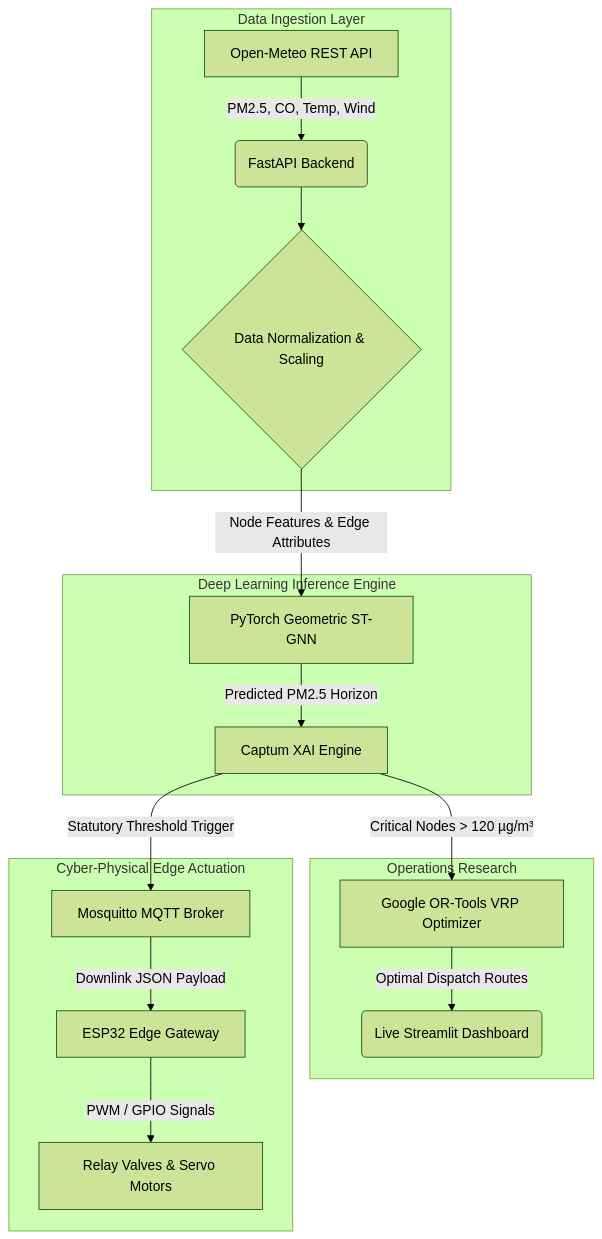
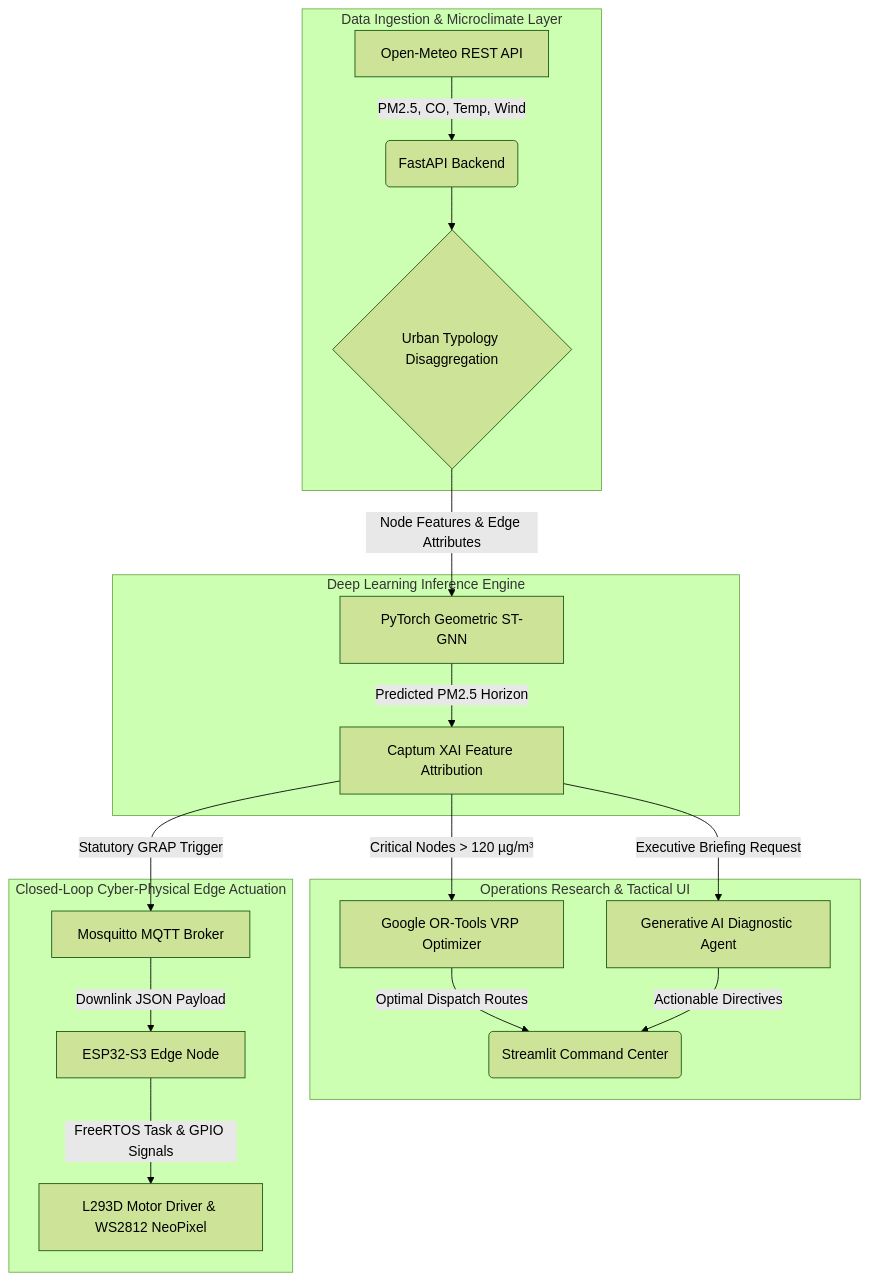
One commit to alfayezahmad/AeroTwin changed the diagram in README.md. Above: the diagram before and after it, drawn with Mermaid (forest theme). The commit also changed other lines of this file, not shown here.

Commit message:
docs: align README with IBM enterprise architecture and closed-loop hardware testing

````diff
--- a/README.md
+++ b/README.md
@@ -48,23 +48,25 @@
 ```mermaid
 graph TD
-    subgraph Data Ingestion Layer
+    subgraph Data Ingestion & Microclimate Layer
         A[Open-Meteo REST API] -->|PM2.5, CO, Temp, Wind| B(FastAPI Backend)
-        B --> C{Data Normalization & Scaling}
+        B --> C{Urban Typology Disaggregation}
     end
 
     subgraph Deep Learning Inference Engine
         C -->|Node Features & Edge Attributes| D[PyTorch Geometric ST-GNN]
-        D -->|Predicted PM2.5 Horizon| E[Captum XAI Engine]
+        D -->|Predicted PM2.5 Horizon| E[Captum XAI Feature Attribution]
     end
     
-    subgraph Operations Research
+    subgraph Operations Research & Tactical UI
         E -->|Critical Nodes > 120 µg/m³| F[Google OR-Tools VRP Optimizer]
-        F -->|Optimal Dispatch Routes| G(Live Streamlit Dashboard)
+        F -->|Optimal Dispatch Routes| G(Streamlit Command Center)
+        E -->|Executive Briefing Request| H[Generative AI Diagnostic Agent]
+        H -->|Actionable Directives| G
     end
 
-    subgraph Cyber-Physical Edge Actuation
-        E -->|Statutory Threshold Trigger| H[Mosquitto MQTT Broker]
-        H -->|Downlink JSON Payload| I[ESP32 Edge Gateway]
-        I -->|PWM / GPIO Signals| J[Relay Valves & Servo Motors]
+    subgraph Closed-Loop Cyber-Physical Edge Actuation
+        E -->|Statutory GRAP Trigger| I[Mosquitto MQTT Broker]
+        I -->|Downlink JSON Payload| J[ESP32-S3 Edge Node]
+        J -->|FreeRTOS Task & GPIO Signals| K[L293D Motor Driver & WS2812 NeoPixel]
     end
 ```
````
